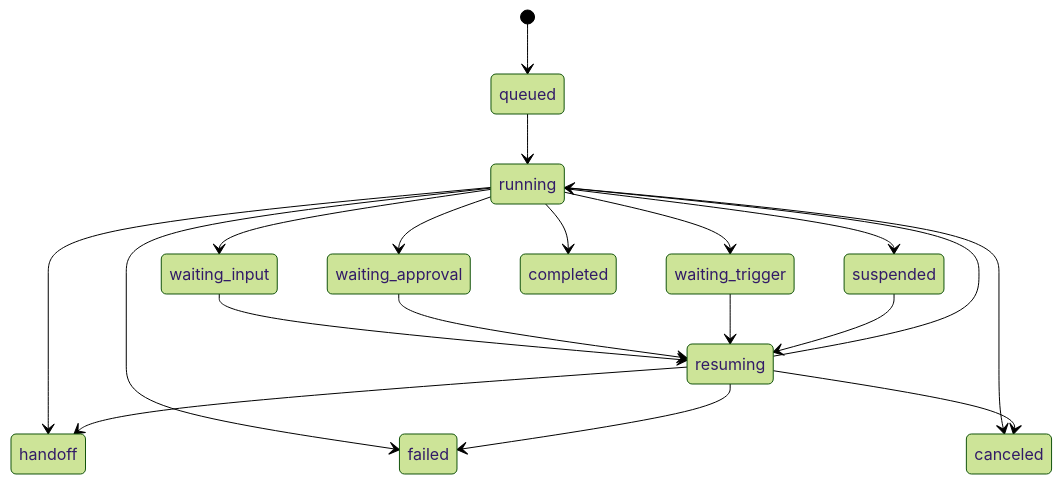
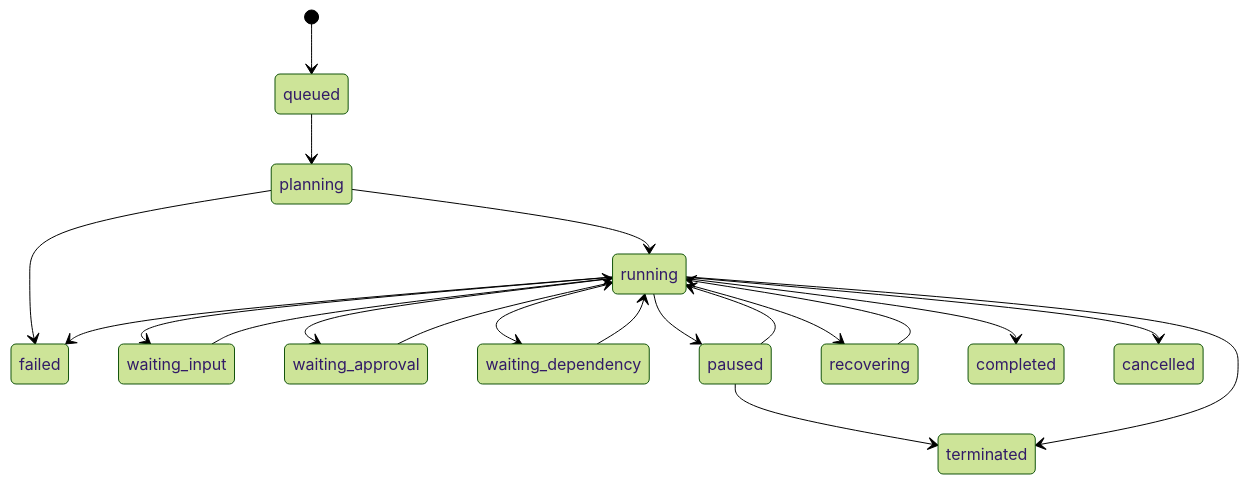
Before and after one commit to GoyacJ/octopus: the ninth of 18 diagrams in docs/SAD.md, drawn with Mermaid (forest theme). The commit also changed other lines of this file and 84 other files, not shown here.

````diff
--- a/docs/SAD.md
+++ b/docs/SAD.md
@@ -282,23 +644,22 @@
 ```mermaid
 stateDiagram-v2
     [*] --> queued
-    queued --> running
+    queued --> planning
+    planning --> running
+    planning --> failed
     running --> waiting_input
     running --> waiting_approval
-    running --> waiting_trigger
-    running --> suspended
+    running --> waiting_dependency
+    running --> paused
+    waiting_input --> running
+    waiting_approval --> running
+    waiting_dependency --> running
+    paused --> running
+    paused --> terminated
+    running --> recovering
+    recovering --> running
     running --> completed
     running --> failed
-    running --> canceled
-    running --> handoff
-
-    waiting_input --> resuming
-    waiting_approval --> resuming
-    waiting_trigger --> resuming
-    suspended --> resuming
-
-    resuming --> running
-    resuming --> handoff
-    resuming --> failed
-    resuming --> canceled
+    running --> terminated
+    running --> cancelled
 ```
````
